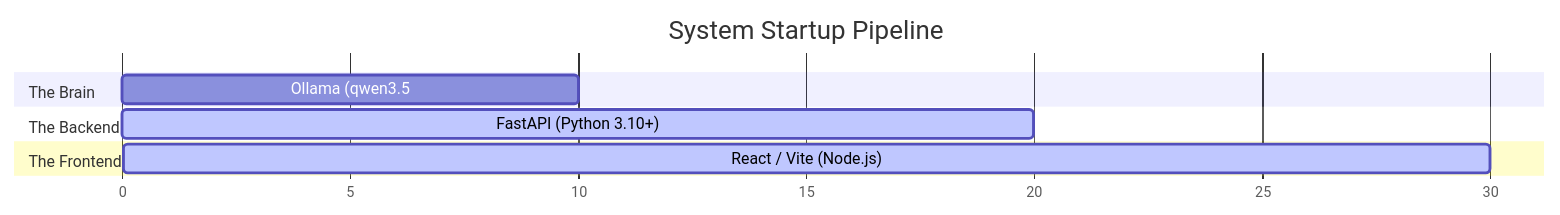
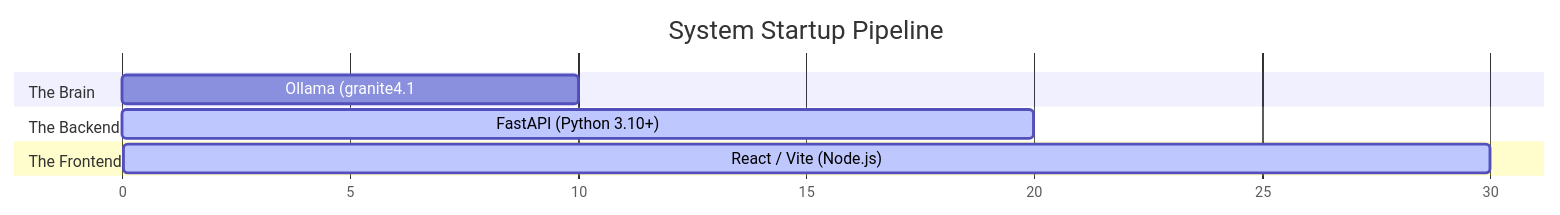
Before and after one commit to IkjasBriraj/ai_agents: the second of 2 diagrams in README.md, drawn with Mermaid. The commit also changed other lines of this file and 150 other files, not shown here.

````diff
--- a/README.md
+++ b/README.md
@@ -54,15 +54,15 @@
 ```mermaid
 gantt
     title System Startup Pipeline
     dateFormat  X
     axisFormat %s
     
     section The Brain
-    Ollama (qwen3.5:9b) :active, 0, 10
+    Ollama (granite4.1:8b) :active, 0, 10
     
     section The Backend
     FastAPI (Python 3.10+) :active, 10, 20
     
     section The Frontend
     React / Vite (Node.js) :active, 20, 30
 ```
````
